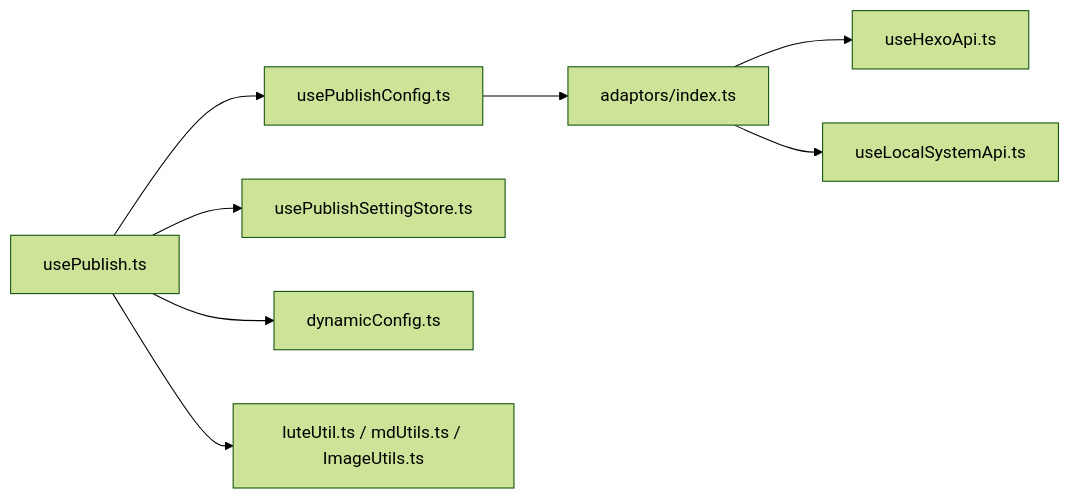
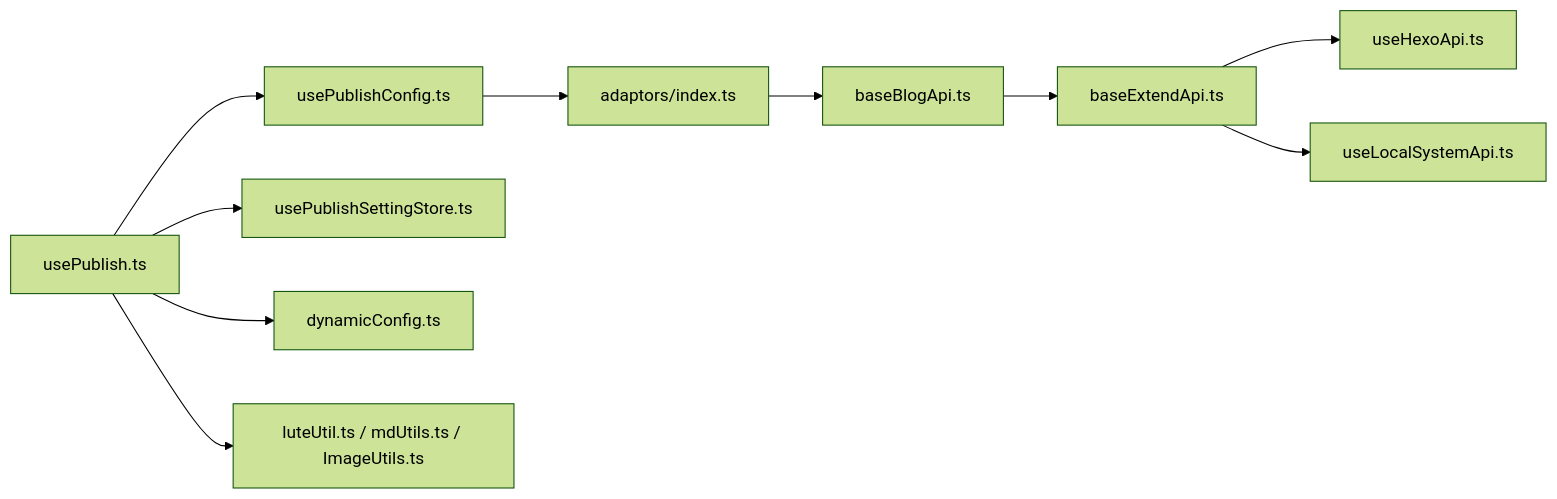
Before and after one commit to terwer/siyuan-plugin-publisher: the fourth of 4 diagrams in .qoder/repowiki/zh/content/发布引擎/发布引擎.md, drawn with Mermaid (forest theme). The commit also changed other lines of this file and 5 other files, not shown here.

````diff
--- a/.qoder/repowiki/zh/content/发布引擎/发布引擎.md
+++ b/.qoder/repowiki/zh/content/发布引擎/发布引擎.md
@@ -229,10 +266,12 @@
 ```mermaid
 graph LR
 Pub["usePublish.ts"] --> Cfg["usePublishConfig.ts"]
 Cfg --> Adp["adaptors/index.ts"]
-Adp --> Plat1["useHexoApi.ts"]
-Adp --> Plat2["useLocalSystemApi.ts"]
+Adp --> Base["baseBlogApi.ts"]
+Base --> Ext["baseExtendApi.ts"]
+Ext --> Plat1["useHexoApi.ts"]
+Ext --> Plat2["useLocalSystemApi.ts"]
 Pub --> Store["usePublishSettingStore.ts"]
 Pub --> Dyn["dynamicConfig.ts"]
 Pub --> Utils["luteUtil.ts / mdUtils.ts / ImageUtils.ts"]
 ```
````
